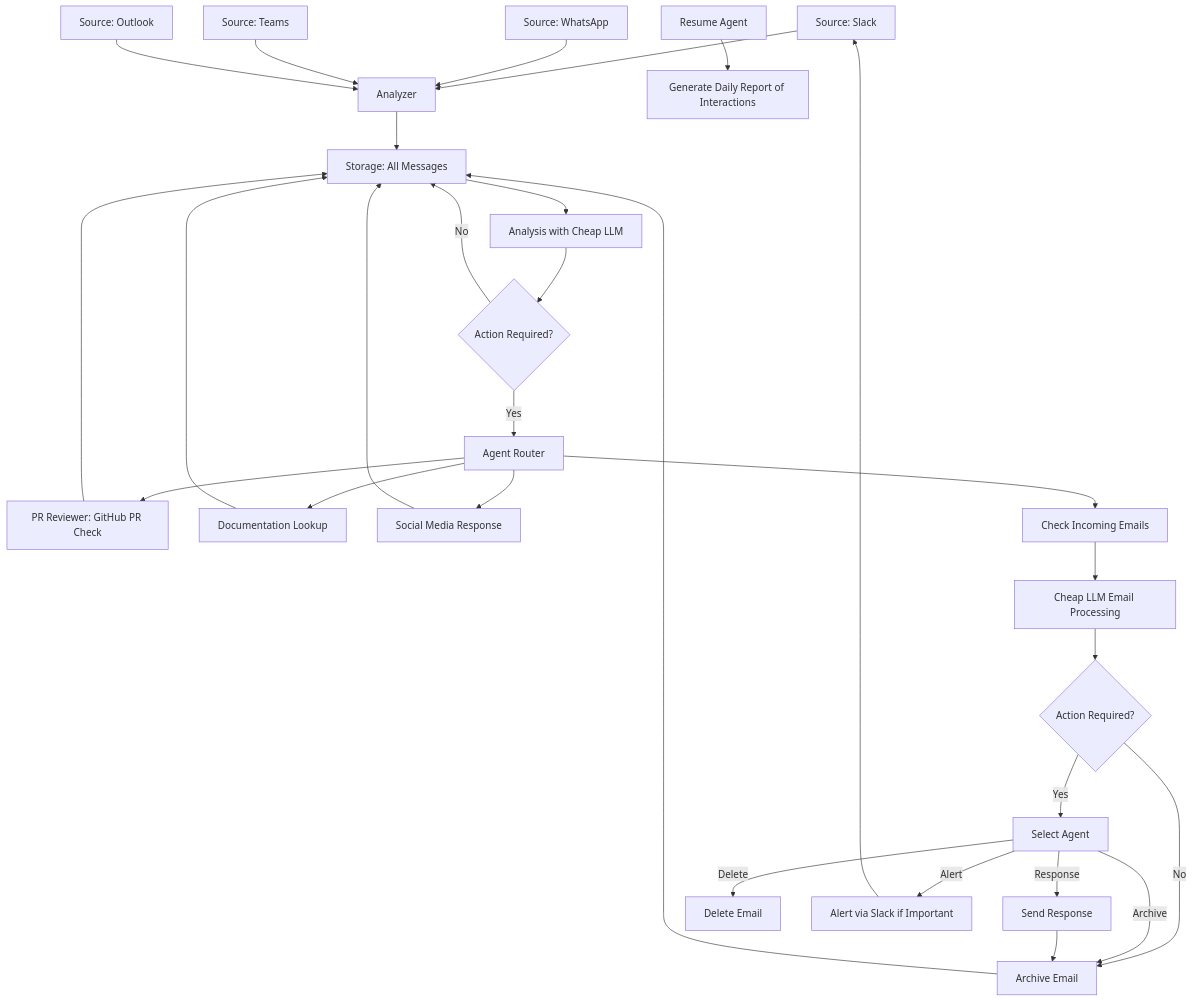
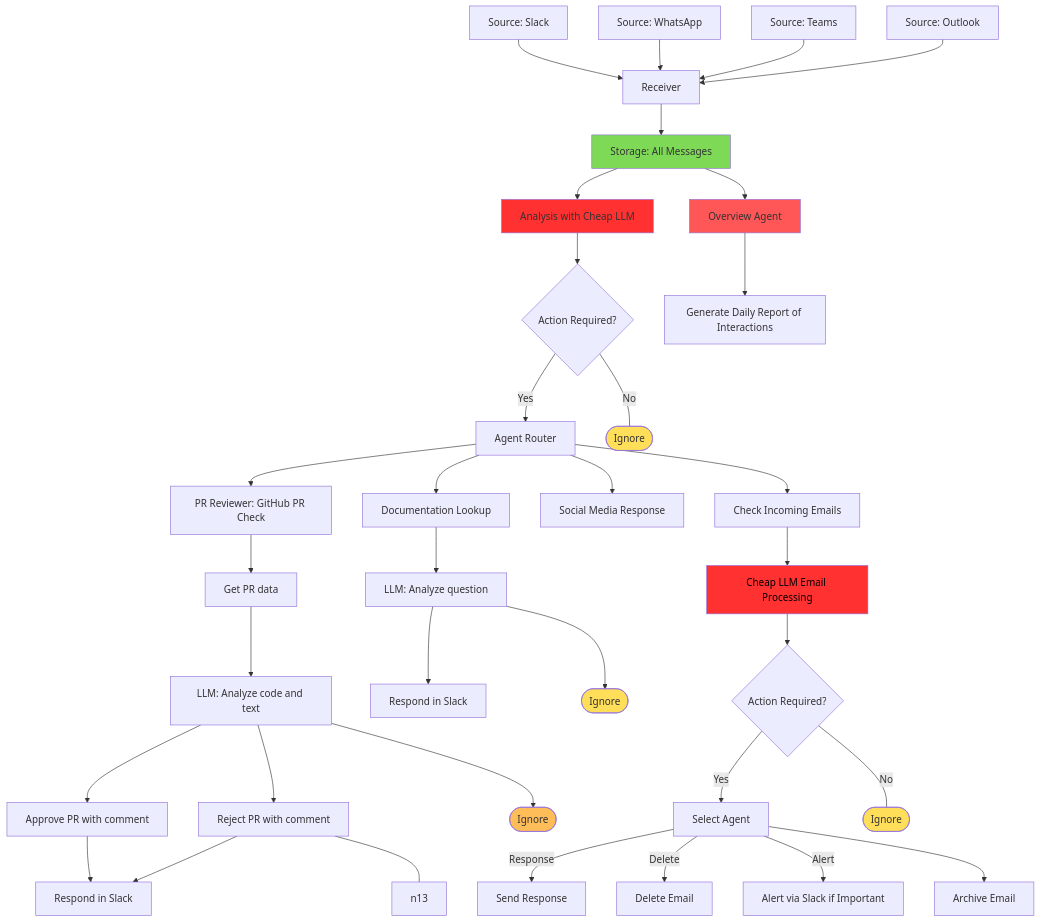
Before and after one commit to jverhoeks/jaicob: the diagram in README.md, drawn with Mermaid.

Commit message:
mermaid diagram update

````diff
--- a/README.md
+++ b/README.md
@@ -79,14 +79,14 @@
   A3[Source: Teams] --> B
   A4[Source: Outlook] --> B
 
-  %% Analyzer processes all incoming messages
-  B --> C[Storage: All Messages]
+  B["Receiver"] --> C[Storage: All Messages]
   C --> D[Analysis with Cheap LLM]
   D --> E{Action Required?}
 
   %% Action Required decision
   E -- Yes --> F[Agent Router]
-  E -- No --> C
+  E
+  C
 
   %% Agent Router sends to specialized agents
   F --> PR[PR Reviewer: GitHub PR Check]
@@ -97,29 +97,61 @@
   %% Email handling process
   Email --> D2[Cheap LLM Email Processing]
   D2 --> E2{Action Required?}
-  
   E2 -- Yes --> Agt[Select Agent]
-  E2 -- No --> Archive[Archive Email]
+  E2
+  Archive[Archive Email]
 
   %% Select agent and perform actions
   Agt -->|Response| Resp[Send Response]
-  Agt -->|Archive| Archive[Archive Email]
   Agt -->|Delete| Delete[Delete Email]
   Agt -->|Alert| SlackAlert[Alert via Slack if Important]
+  Agt --> Archive[Archive Email]
 
-  %% PR, Documentation, and Social are sent back to storage
-  PR --> C
-  Doc --> C
-  Social --> C
+  %% PR Review Process
+  PR --> n2["Get PR data"]
+  n2 --> n3["LLM: Analyze code and text"]
+  n3 --> n4["Approve PR with comment"]
+  n3 --> n5["Reject PR with comment"]
+  n3 --> n6@{ shape: "stadium", label: "Ignore" }
+  n4 --> n7["Respond in Slack"]
+  n5 --> n7
+  n6
+  n7
+
+  %% Documentation Lookup Process
+  Doc --> n8["LLM: Analyze question"]
+  n8 --> n9["Respond in Slack"]
+  n8 --> n10@{ shape: "stadium", label: "Ignore" }
 
   %% Optional alert back to Slack when important
-  SlackAlert --> A[Source: Slack]
+  SlackAlert
+  A[Source: Slack]
 
   %% Daily Report generation
   ResumeAgent[Resume Agent] --> Report[Generate Daily Report of Interactions]
-  
+
   %% Optional interactions flow
-  Resp --> Archive
-  Archive --> C
+  Resp
+  C
+  Archive
+  C
+  Delete
+  C
+  SlackAlert
+  C
 
+  %% Event Logging
+  C --> ResumeAgent["Overview Agent"]
+  %% Storage connections
+  style D2 fill:#FF3131, color:#000000
+  style D fill:#FF3131
+  style ResumeAgent fill:#FF5757
+  style C fill:#7ED957
+	E ---|"No"| n11@{ shape: "stadium", label: "Ignore" }
+	E2 ---|"No"| n12@{ shape: "stadium", label: "Ignore" }
+	style n6 fill:#FFBD59
+	style n12 fill:#FFDE59
+	style n10 fill:#FFDE59
+	style n11 fill:#FFDE59
+	n5 --- n13
 ```
````
